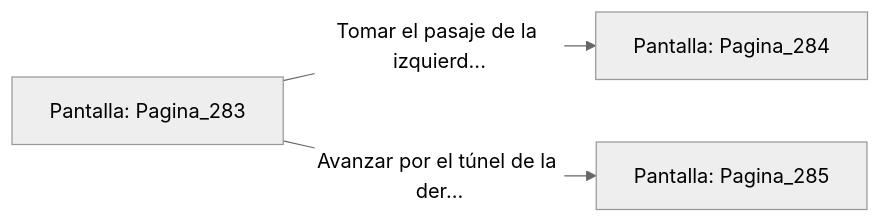
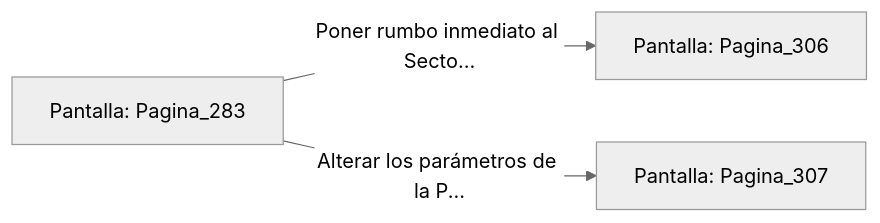
One commit to metsuke/mpl changed the diagram in sample/eligejuego-vault/Pantalla_Pagina_283.md. Above: the diagram before and after it, drawn with Mermaid (neutral theme). The commit also changed other lines of this file and 635 other files, not shown here.

First line of the commit message:
fix: añadir Pagina_1 como pantalla inicial en capitulo_01.mpl

````diff
--- a/sample/eligejuego-vault/Pantalla_Pagina_283.md
+++ b/sample/eligejuego-vault/Pantalla_Pagina_283.md
@@ -20,6 +24,6 @@
 ```mermaid
 graph LR
     P_Pagina_283["Pantalla: Pagina_283"]
-    P_Pagina_283 -->|"Tomar el pasaje de la izquierd..."| P_Pagina_284["Pantalla: Pagina_284"]
-    P_Pagina_283 -->|"Avanzar por el túnel de la der..."| P_Pagina_285["Pantalla: Pagina_285"]
+    P_Pagina_283 -->|"Poner rumbo inmediato al Secto..."| P_Pagina_306["Pantalla: Pagina_306"]
+    P_Pagina_283 -->|"Alterar los parámetros de la P..."| P_Pagina_307["Pantalla: Pagina_307"]
 ```
````
